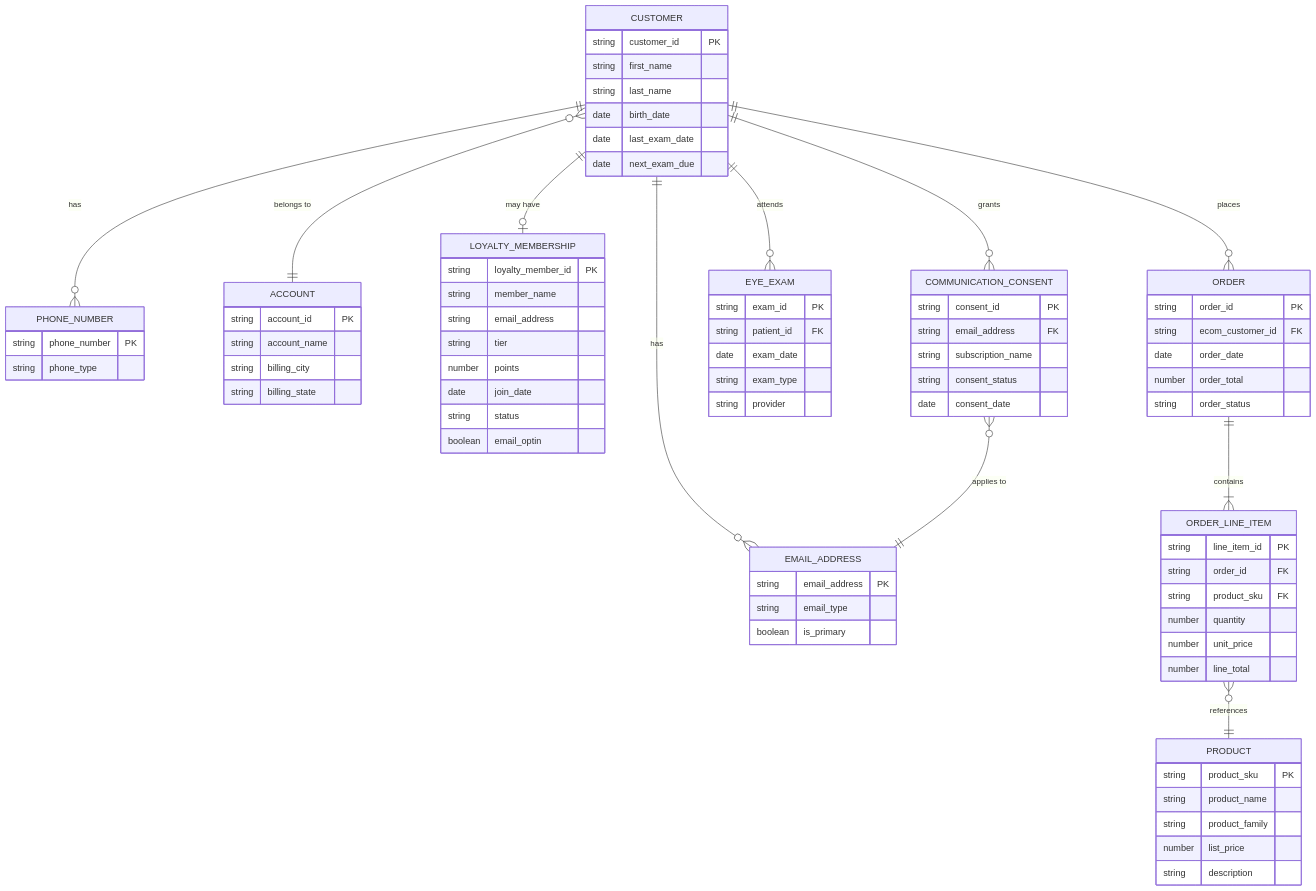
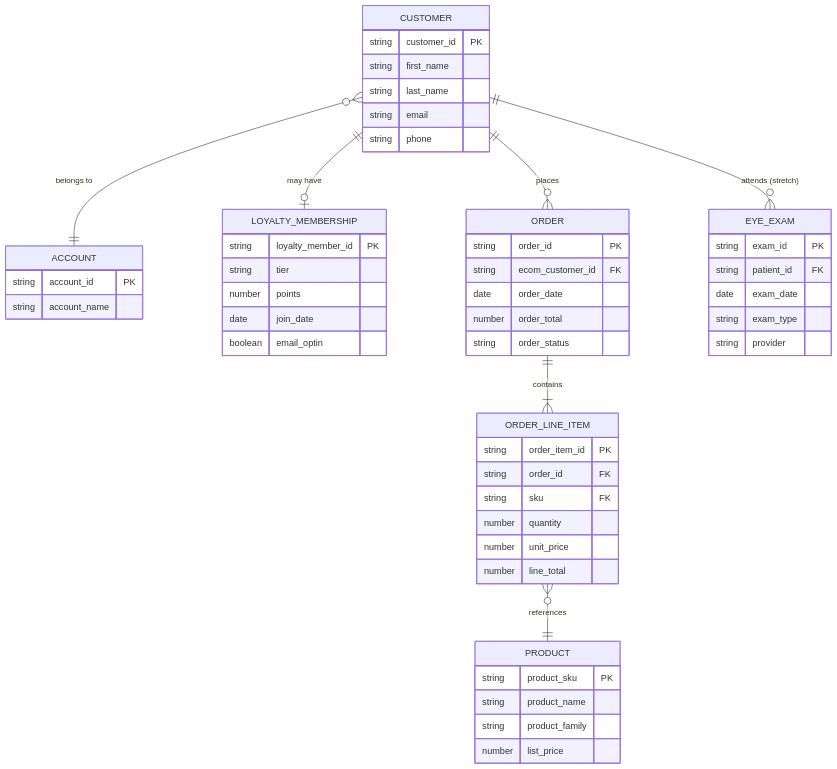
Before and after one commit to bbrookslistengage/mcoc-enablement: the diagram in docs/part-2-data/working-with-data-360/the-leoptical-data-model.md, drawn with Mermaid. The commit also changed other lines of this file and 9 other files, not shown here.

First line of the commit message:
fix: clean up ERD, remove Contact custom fields, add download links

````diff
--- a/docs/part-2-data/working-with-data-360/the-leoptical-data-model.md
+++ b/docs/part-2-data/working-with-data-360/the-leoptical-data-model.md
@@ -30,51 +30,30 @@
 ```mermaid
 erDiagram
-    CUSTOMER ||--o{ EMAIL_ADDRESS : "has"
-    CUSTOMER ||--o{ PHONE_NUMBER : "has"
     CUSTOMER }o--|| ACCOUNT : "belongs to"
     CUSTOMER ||--o| LOYALTY_MEMBERSHIP : "may have"
     CUSTOMER ||--o{ ORDER : "places"
-    CUSTOMER ||--o{ EYE_EXAM : "attends"
-    CUSTOMER ||--o{ COMMUNICATION_CONSENT : "grants"
+    CUSTOMER ||--o{ EYE_EXAM : "attends (stretch)"
     ORDER ||--|{ ORDER_LINE_ITEM : "contains"
     ORDER_LINE_ITEM }o--|| PRODUCT : "references"
-    COMMUNICATION_CONSENT }o--|| EMAIL_ADDRESS : "applies to"
 
     CUSTOMER {
         string customer_id PK
         string first_name
         string last_name
-        date birth_date
-        date last_exam_date
-        date next_exam_due
-    }
-
-    EMAIL_ADDRESS {
-        string email_address PK
-        string email_type
-        boolean is_primary
-    }
-
-    PHONE_NUMBER {
-        string phone_number PK
-        string phone_type
+        string email
+        string phone
     }
 
     ACCOUNT {
         string account_id PK
         string account_name
-        string billing_city
-        string billing_state
     }
 
     LOYALTY_MEMBERSHIP {
         string loyalty_member_id PK
-        string member_name
-        string email_address
         string tier
         number points
         date join_date
-        string status
         boolean email_optin
     }
 
@@ -87,9 +66,9 @@
     }
 
     ORDER_LINE_ITEM {
-        string line_item_id PK
+        string order_item_id PK
         string order_id FK
-        string product_sku FK
+        string sku FK
         number quantity
         number unit_price
         number line_total
@@ -100,7 +79,6 @@
         string product_name
         string product_family
         number list_price
-        string description
     }
 
     EYE_EXAM {
@@ -110,12 +88,4 @@
         string exam_type
         string provider
     }
-
-    COMMUNICATION_CONSENT {
-        string consent_id PK
-        string email_address FK
-        string subscription_name
-        string consent_status
-        date consent_date
-    }
 ```
````
